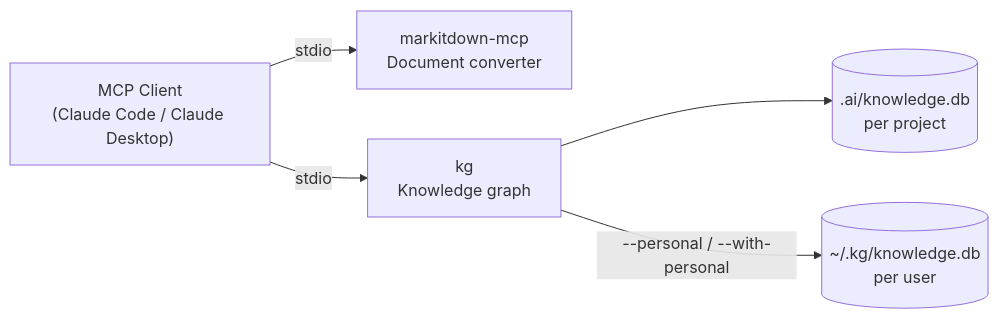
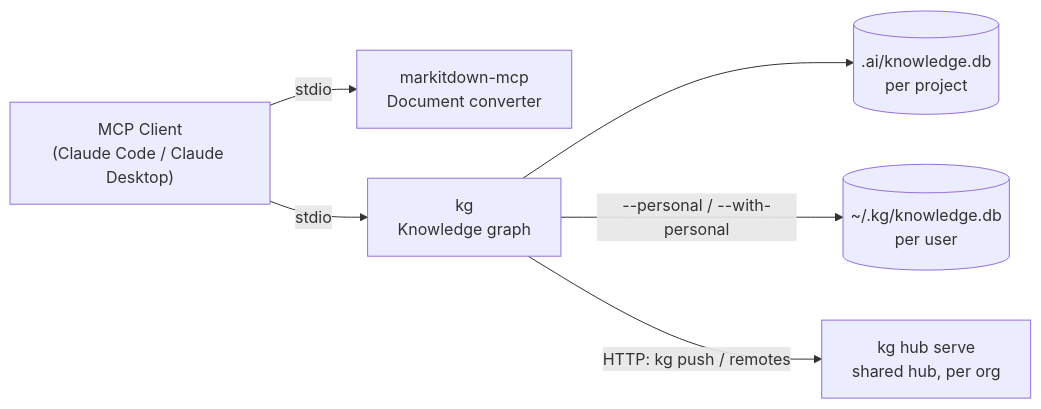
One commit to Cortexa-LLC/mcp changed the diagram in README.md. Above: the diagram before and after it, drawn with Mermaid. The commit also changed other lines of this file and 13 other files, not shown here.

First line of the commit message:
feat(kg): federate hub graphs into local search via remote layers

````diff
--- a/README.md
+++ b/README.md
@@ -20,13 +20,15 @@
 ```mermaid
 graph LR
     Client["MCP Client\n(Claude Code / Claude Desktop)"]
     MD["markitdown-mcp\nDocument converter"]
     KG["kg\nKnowledge graph"]
     KGDB[(".ai/knowledge.db\nper project")]
     PERSONAL[("~/.kg/knowledge.db\nper user")]
+    HUB["kg hub serve\nshared hub, per org"]
 
     Client -->|stdio| MD
     Client -->|stdio| KG
     KG --> KGDB
     KG -->|"--personal / --with-personal"| PERSONAL
+    KG -->|"HTTP: kg push / remotes"| HUB
 ```
````
